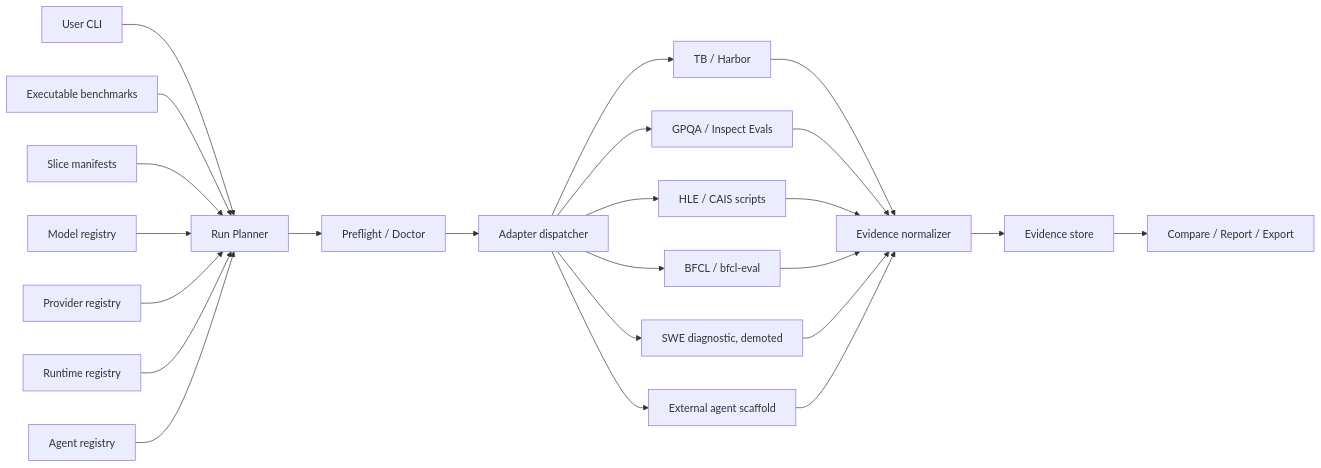
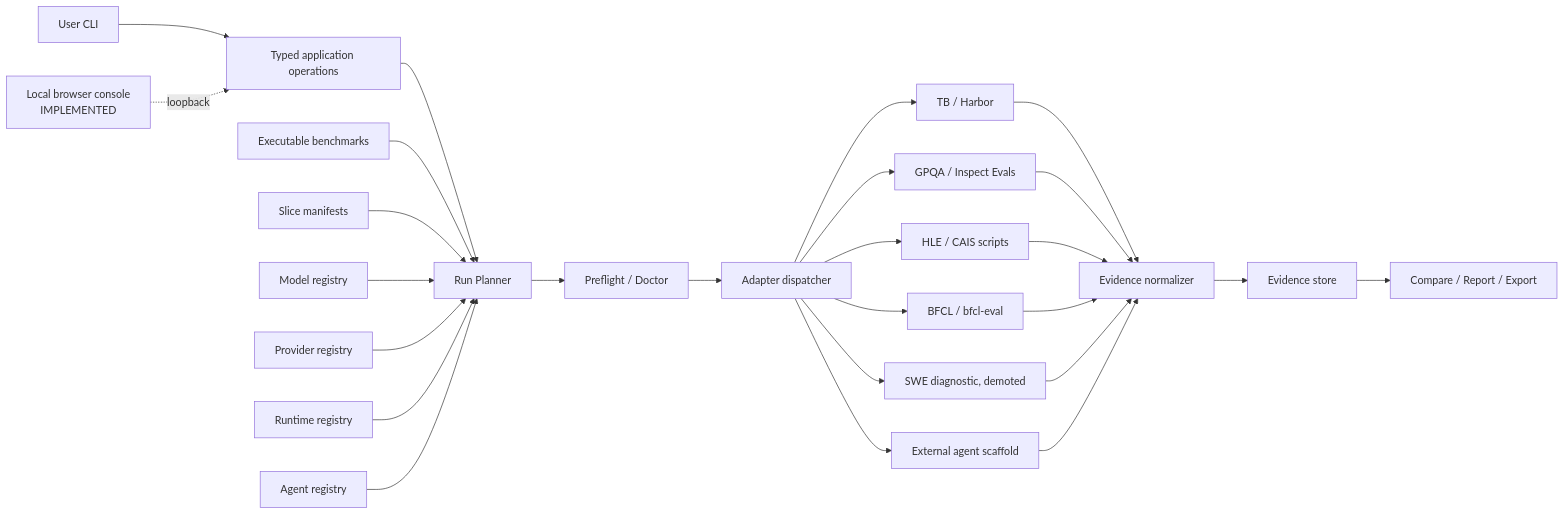
One commit to Lyther/BenchEval changed the diagram in docs/architecture.md. Above: the diagram before and after it, drawn with Mermaid. The commit also changed other lines of this file and 8 other files, not shown here.

````diff
--- a/docs/architecture.md
+++ b/docs/architecture.md
@@ -59,29 +66,31 @@
 ```mermaid
 flowchart LR
-    U[User CLI] --> BP[Run Planner]
+    U[User CLI] --> APP[Typed application operations]
+    UI[Local browser console<br/>IMPLEMENTED] -. loopback .-> APP
+    APP --> BP[Run Planner]
     BR[Executable benchmarks] --> BP
     SM[Slice manifests] --> BP
     MR[Model registry] --> BP
     PR[Provider registry] --> BP
     RR[Runtime registry] --> BP
     AG[Agent registry] --> BP
 
     BP --> PF[Preflight / Doctor]
     PF --> AD[Adapter dispatcher]
 
     AD --> A1[TB / Harbor]
     AD --> A2[GPQA / Inspect Evals]
     AD --> A3[HLE / CAIS scripts]
     AD --> A4[BFCL / bfcl-eval]
     AD --> A5[SWE diagnostic, demoted]
     AD --> A6[External agent scaffold]
 
     A1 --> EN[Evidence normalizer]
     A2 --> EN
     A3 --> EN
     A4 --> EN
     A5 --> EN
     A6 --> EN
     EN --> ES[Evidence store]
     ES --> CP[Compare / Report / Export]
 ```
````
